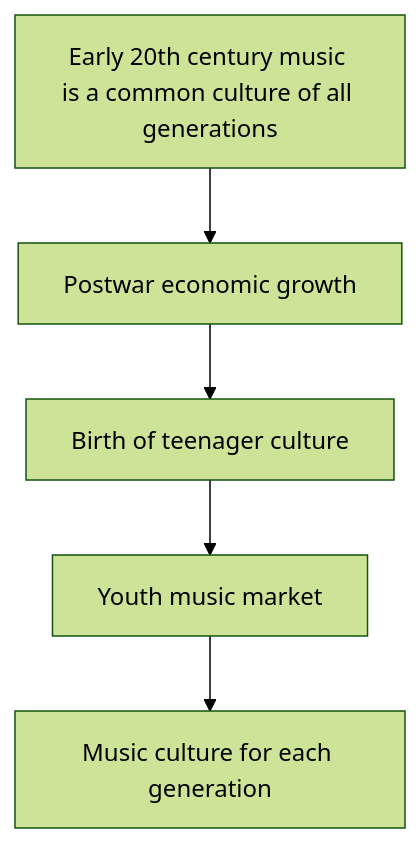
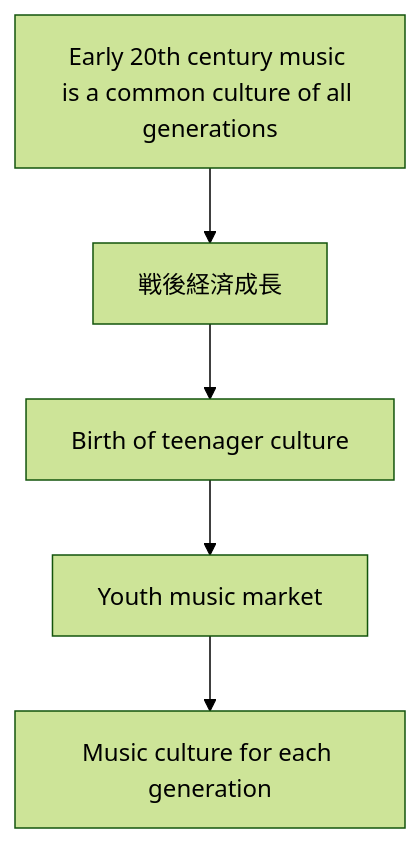
One commit to monumental-movement/monumental-movement.github.io changed the first of 4 diagrams in en/_posts/2026-03-13-column-column-why-music-defines-generations.md. Above: the diagram before and after it, drawn with Mermaid (forest theme). The commit also changed other lines of this file and 1012 other files, not shown here.

```diff
--- a/en/_posts/2026-03-13-column-column-why-music-defines-generations.md
+++ b/en/_posts/2026-03-13-column-column-why-music-defines-generations.md
@@ -73,7 +73,7 @@
 <div class="mermaid">
 graph TD
-A[Early 20th century music is a common culture of all generations] --> B[Postwar economic growth]
+A[Early 20th century music is a common culture of all generations] --> B[戦後経済成長]
 B --> C[Birth of teenager culture]
 C --> D[Youth music market]
 D --> E[Music culture for each generation]
 </div>
```
